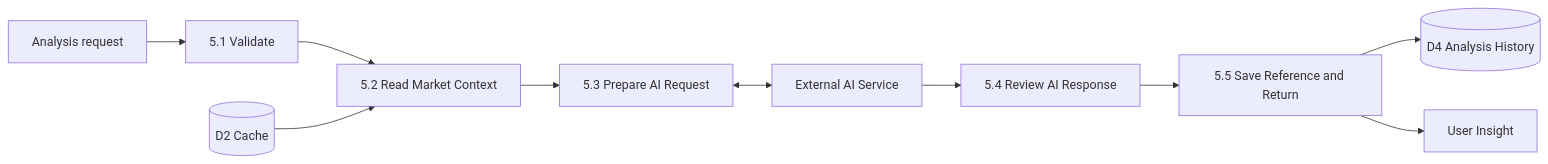
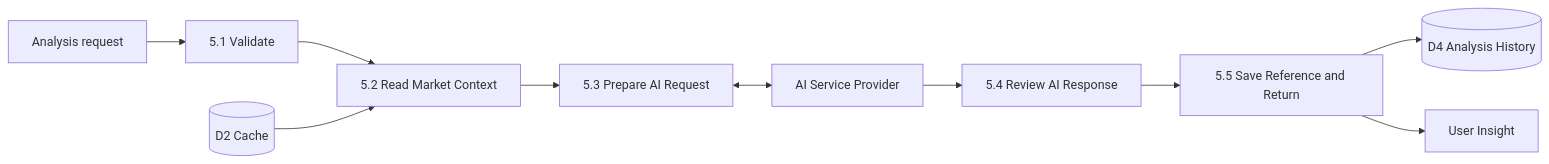
Before and after one commit to JustEmre12/FinSight: the third of 3 diagrams in docs/SYSTEM_DESIGN.md, drawn with Mermaid. The commit also changed other lines of this file and 5 other files, not shown here.

```diff
--- a/docs/SYSTEM_DESIGN.md
+++ b/docs/SYSTEM_DESIGN.md
@@ -45,12 +45,12 @@
 ~~~mermaid
 flowchart LR
   U[Analysis request] --> V[5.1 Validate]
   V --> C[5.2 Read Market Context]
   D2[(D2 Cache)] --> C
   C --> P[5.3 Prepare AI Request]
-  P <--> A[External AI Service]
+  P <--> A[AI Service Provider]
   A --> R[5.4 Review AI Response]
   R --> S[5.5 Save Reference and Return]
   S --> D4[(D4 Analysis History)]
   S --> O[User Insight]
 ~~~
```
